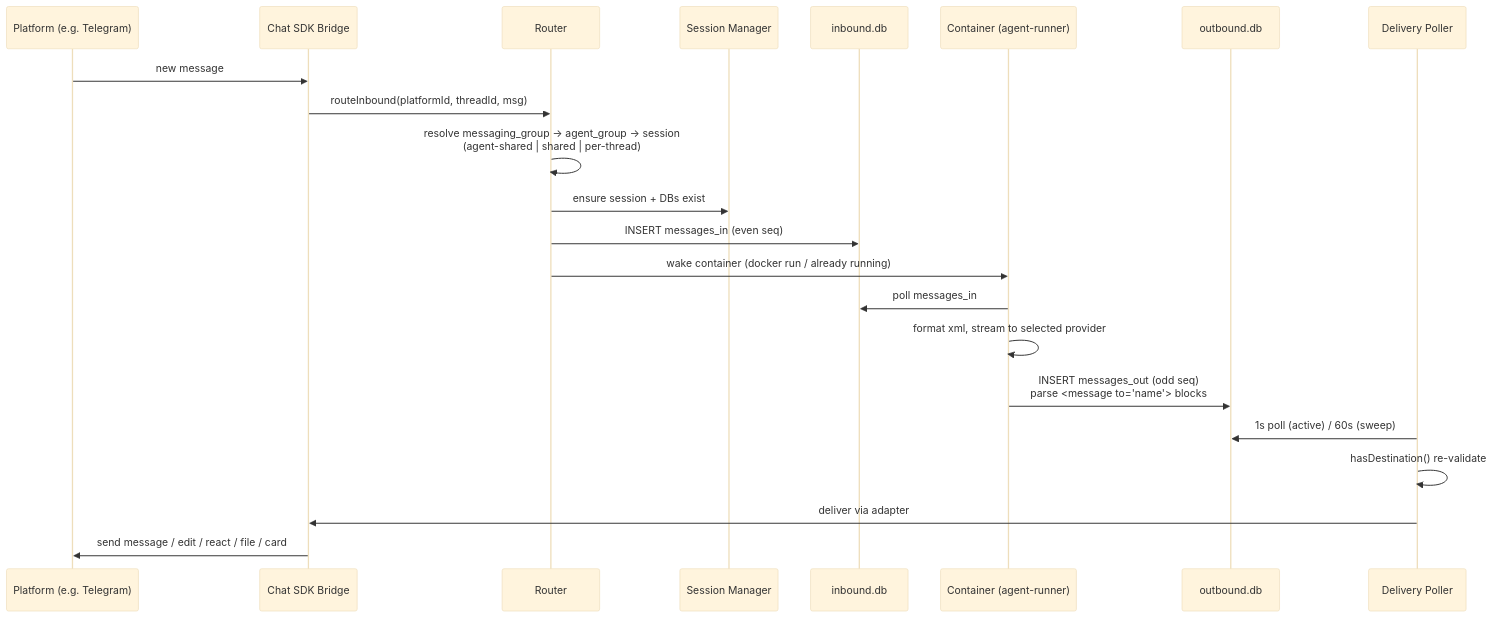
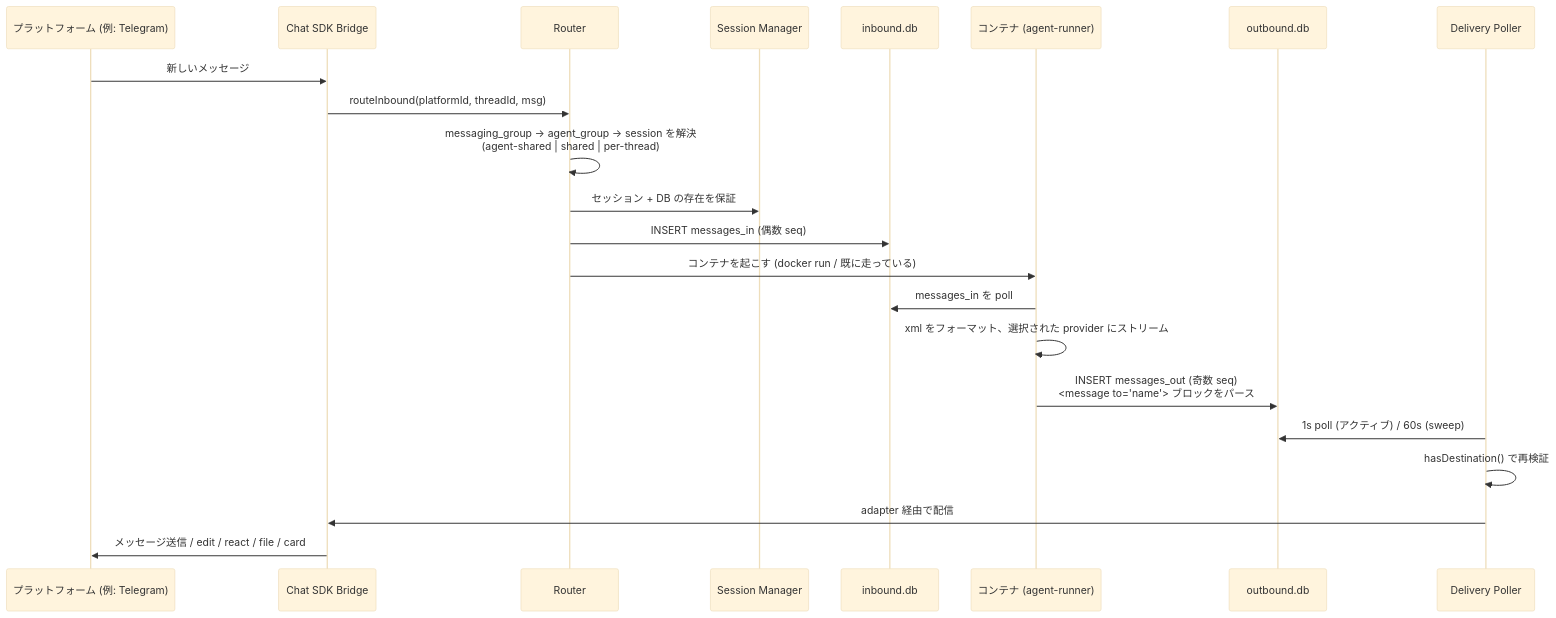
The second of 5 diagrams in docs/architecture-diagram.md (HajimariInc/biblio-claw), drawn with Mermaid (base theme) before and after one commit. The commit also changed other lines of this file and 22 other files, not shown here.

````diff
--- a/docs/architecture-diagram.md
+++ b/docs/architecture-diagram.md
@@ -73,25 +73,25 @@
 ```mermaid
 sequenceDiagram
-  participant P as Platform (e.g. Telegram)
+  participant P as プラットフォーム (例: Telegram)
   participant B as Chat SDK Bridge
   participant R as Router
   participant SM as Session Manager
   participant IDB as inbound.db
-  participant C as Container (agent-runner)
+  participant C as コンテナ (agent-runner)
   participant ODB as outbound.db
   participant D as Delivery Poller
 
-  P->>B: new message
+  P->>B: 新しいメッセージ
   B->>R: routeInbound(platformId, threadId, msg)
-  R->>R: resolve messaging_group -> agent_group -> session<br/>(agent-shared | shared | per-thread)
-  R->>SM: ensure session + DBs exist
-  R->>IDB: INSERT messages_in (even seq)
-  R->>C: wake container (docker run / already running)
-  C->>IDB: poll messages_in
-  C->>C: format xml, stream to selected provider
-  C->>ODB: INSERT messages_out (odd seq)<br/>parse <message to="name"> blocks
-  D->>ODB: 1s poll (active) / 60s (sweep)
-  D->>D: hasDestination() re-validate
-  D->>B: deliver via adapter
-  B->>P: send message / edit / react / file / card
+  R->>R: messaging_group -> agent_group -> session を解決<br/>(agent-shared | shared | per-thread)
+  R->>SM: セッション + DB の存在を保証
+  R->>IDB: INSERT messages_in (偶数 seq)
+  R->>C: コンテナを起こす (docker run / 既に走っている)
+  C->>IDB: messages_in を poll
+  C->>C: xml をフォーマット、選択された provider にストリーム
+  C->>ODB: INSERT messages_out (奇数 seq)<br/><message to="name"> ブロックをパース
+  D->>ODB: 1s poll (アクティブ) / 60s (sweep)
+  D->>D: hasDestination() で再検証
+  D->>B: adapter 経由で配信
+  B->>P: メッセージ送信 / edit / react / file / card
 ```
````
